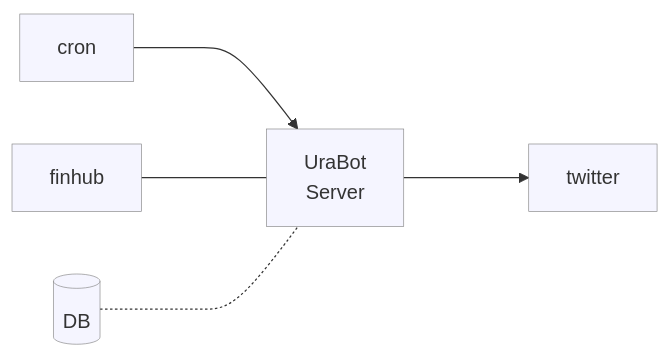
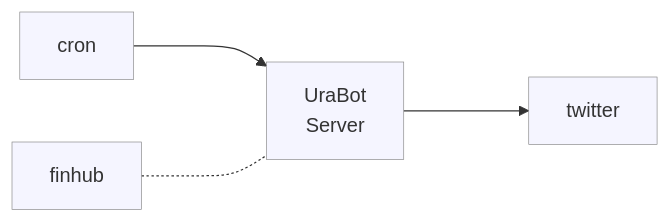
The diagram in README.md (victorabarros/ura-bot), drawn with Mermaid before and after one commit. The commit also changed other lines of this file and 1 other file, not shown here.

````diff
--- a/README.md
+++ b/README.md
@@ -65,22 +59,20 @@
 ```mermaid
     flowchart LR;
 
       %% components
       cron[cron];
       server[UraBot<br>Server];
       finhub[finhub];
-      db[(DB)];
       client[twitter];
 
       %% flow
       cron--->
       server--->
       client;
 
-      finhub----server;
-      db-..-server;
+      finhub-..-server;
 
       %% styles
       classDef box fill-opacity:.5, stroke:grey, stroke-width:.5px;
       class cron,server,finhub,db,client box
 ```
````
